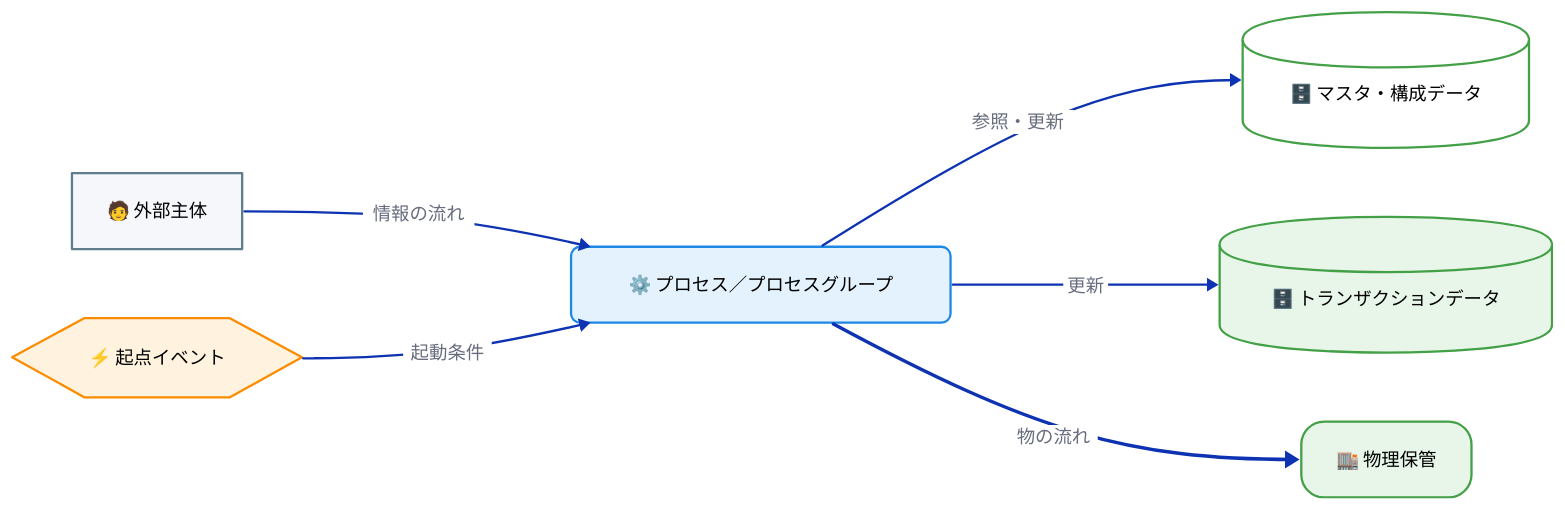
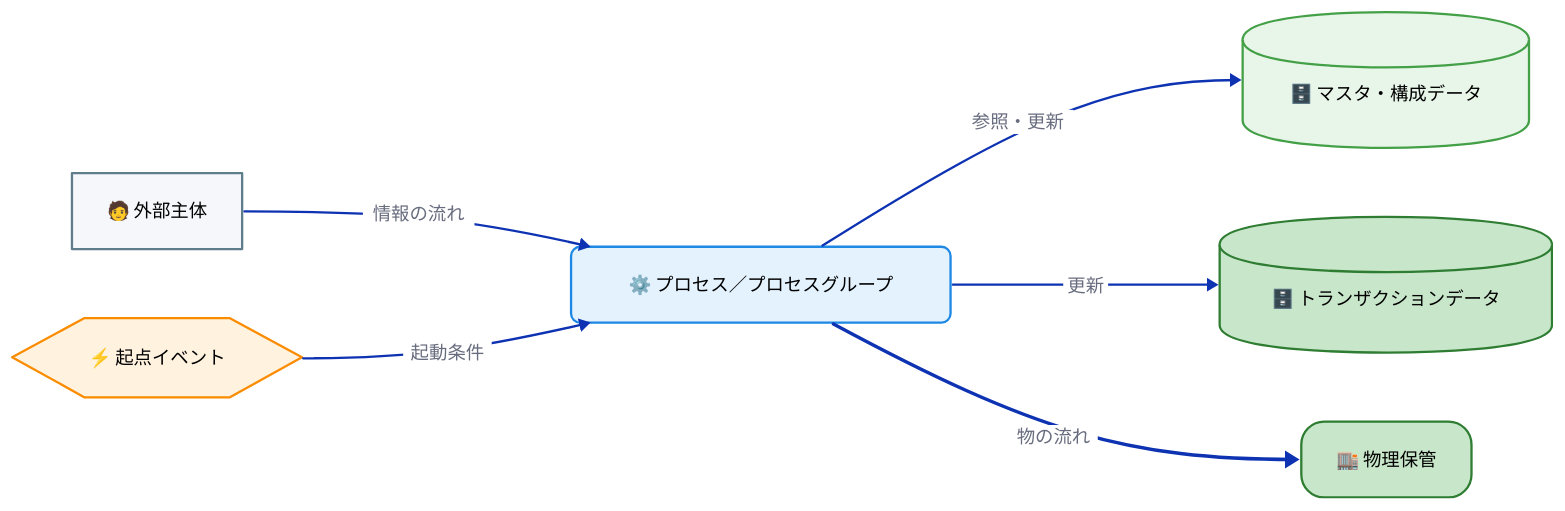
One commit to specdojo/specdojo changed the fifth of 5 diagrams in docs/ja/product/010-business-specs/010-data-flow/cdfd-overview.md. Above: the diagram before and after it, drawn with D2. The commit also changed other lines of this file, not shown here.

```diff
--- a/docs/ja/product/010-business-specs/010-data-flow/cdfd-overview.md
+++ b/docs/ja/product/010-business-specs/010-data-flow/cdfd-overview.md
@@ -643,7 +643,7 @@
   store_master: {
     shape: cylinder
     style: {
-      fill: "#ffffff"
+      fill: "#e8f5e9"
       stroke: "#43a047"
       font-color: "#000000"
     }
@@ -651,8 +651,8 @@
   store_transaction: {
     shape: cylinder
     style: {
-      fill: "#e8f5e9"
-      stroke: "#43a047"
+      fill: "#c8e6c9"
+      stroke: "#2e7d32"
       font-color: "#000000"
     }
   }
@@ -660,8 +660,8 @@
     shape: rectangle
     style: {
       border-radius: 20
-      fill: "#e8f5e9"
-      stroke: "#43a047"
+      fill: "#c8e6c9"
+      stroke: "#2e7d32"
       font-color: "#000000"
     }
   }
```
